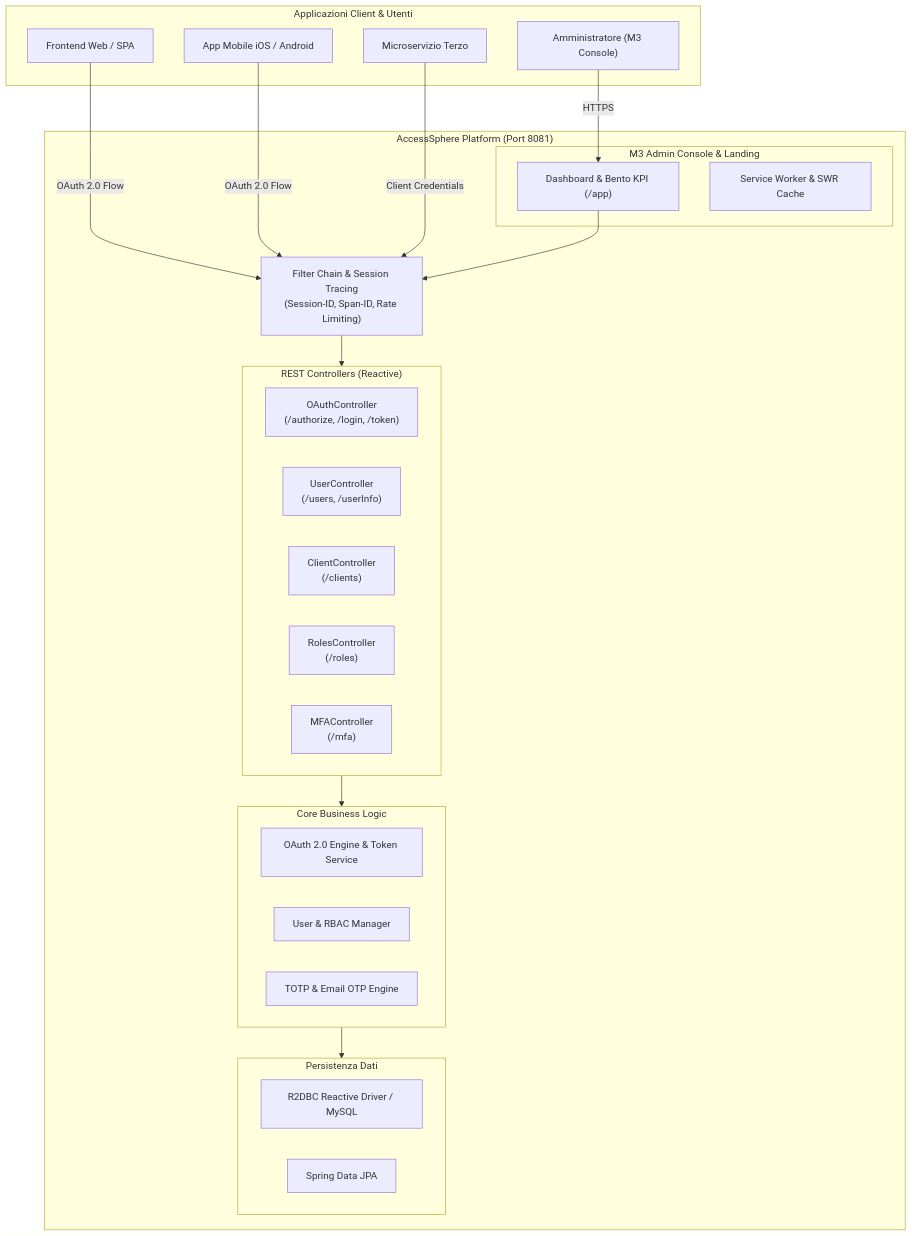
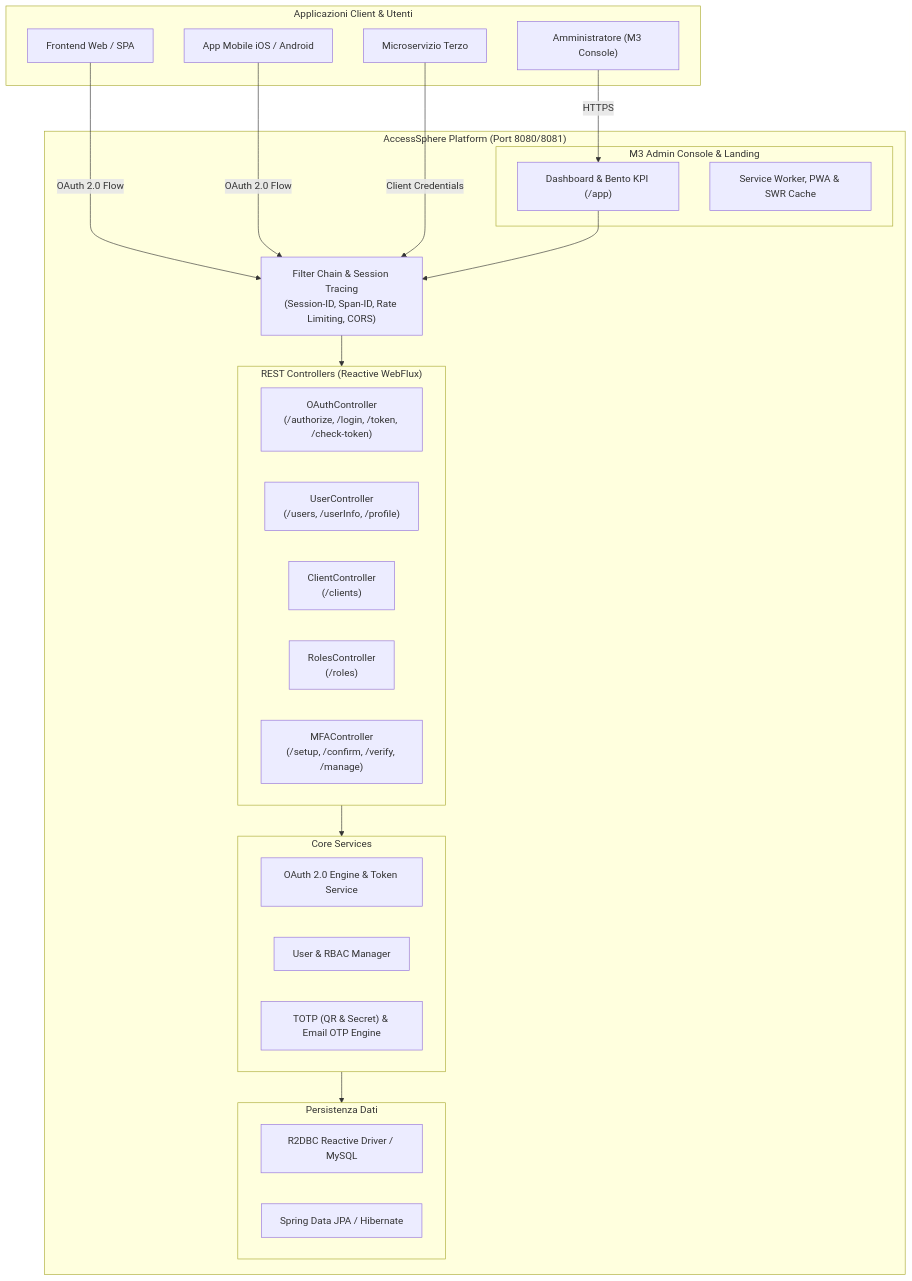
Before and after one commit to giovannilamarmoraproject/Access-Sphere: the diagram in README.md, drawn with Mermaid. The commit also changed other lines of this file and 21 other files, not shown here.

````diff
--- a/README.md
+++ b/README.md
@@ -45,47 +56,47 @@
 ```mermaid
 flowchart TD
     subgraph Clients["Applicazioni Client & Utenti"]
         SPA["Frontend Web / SPA"]
         MobileApp["App Mobile iOS / Android"]
         Microservice["Microservizio Terzo"]
         AdminUser["Amministratore (M3 Console)"]
     end
 
-    subgraph AccessSphere["AccessSphere Platform (Port 8081)"]
-        Gateway["Filter Chain & Session Tracing\n(Session-ID, Span-ID, Rate Limiting)"]
+    subgraph AccessSphere["AccessSphere Platform (Port 8080/8081)"]
+        Gateway["Filter Chain & Session Tracing\n(Session-ID, Span-ID, Rate Limiting, CORS)"]
         
-        subgraph Endpoints["REST Controllers (Reactive)"]
-            OAuthCtrl["OAuthController\n(/authorize, /login, /token)"]
-            UserCtrl["UserController\n(/users, /userInfo)"]
+        subgraph Endpoints["REST Controllers (Reactive WebFlux)"]
+            OAuthCtrl["OAuthController\n(/authorize, /login, /token, /check-token)"]
+            UserCtrl["UserController\n(/users, /userInfo, /profile)"]
             ClientCtrl["ClientController\n(/clients)"]
             RolesCtrl["RolesController\n(/roles)"]
-            MFACtrl["MFAController\n(/mfa)"]
+            MFACtrl["MFAController\n(/setup, /confirm, /verify, /manage)"]
         end
 
-        subgraph Core["Core Business Logic"]
+        subgraph Core["Core Services"]
             AuthEngine["OAuth 2.0 Engine & Token Service"]
             IAMService["User & RBAC Manager"]
-            MFAService["TOTP & Email OTP Engine"]
+            MFAService["TOTP (QR & Secret) & Email OTP Engine"]
         end
 
         subgraph Storage["Persistenza Dati"]
             R2DBC["R2DBC Reactive Driver / MySQL"]
-            JPA["Spring Data JPA"]
+            JPA["Spring Data JPA / Hibernate"]
         end
 
         subgraph Frontend["M3 Admin Console & Landing"]
             M3Dashboard["Dashboard & Bento KPI (/app)"]
-            PWA["Service Worker & SWR Cache"]
+            PWA["Service Worker, PWA & SWR Cache"]
         end
     end
 
     SPA -->|OAuth 2.0 Flow| Gateway
     MobileApp -->|OAuth 2.0 Flow| Gateway
     Microservice -->|Client Credentials| Gateway
     AdminUser -->|HTTPS| M3Dashboard
 
     M3Dashboard --> Gateway
     Gateway --> Endpoints
     Endpoints --> Core
     Core --> Storage
 ```
````
